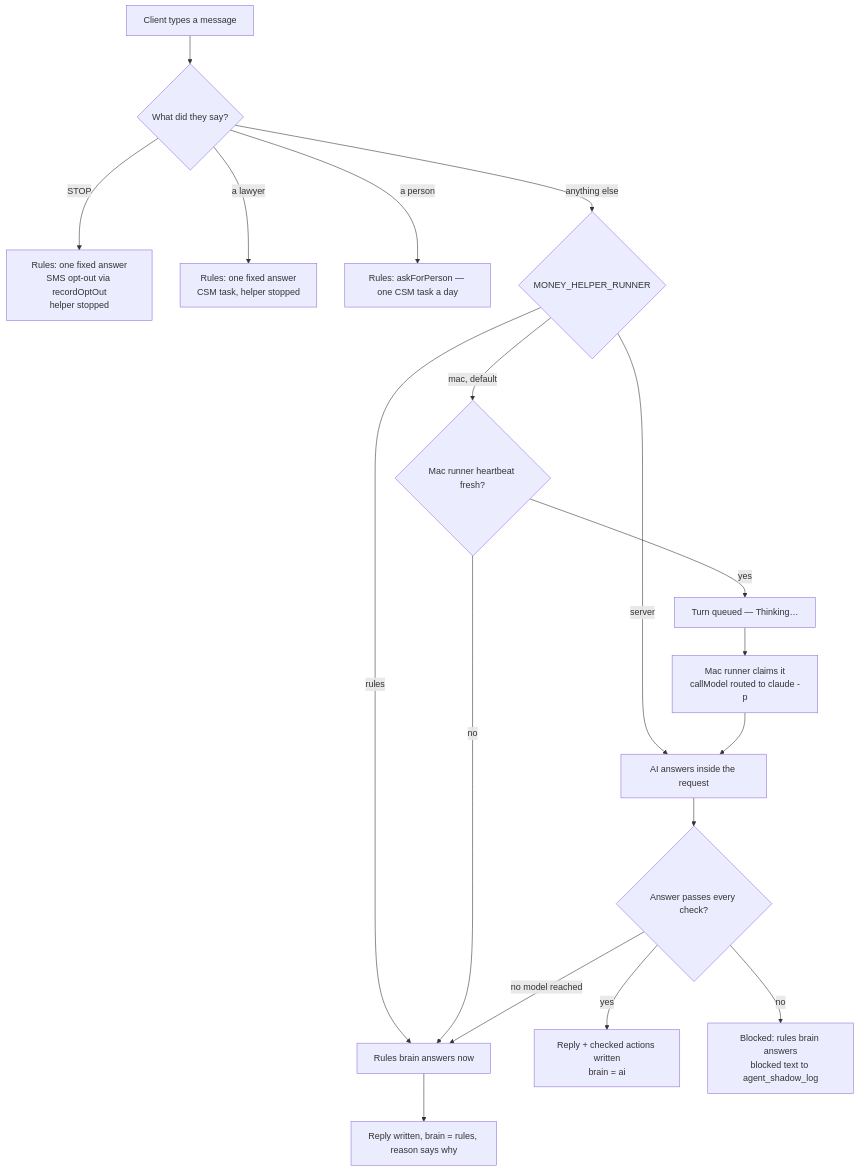
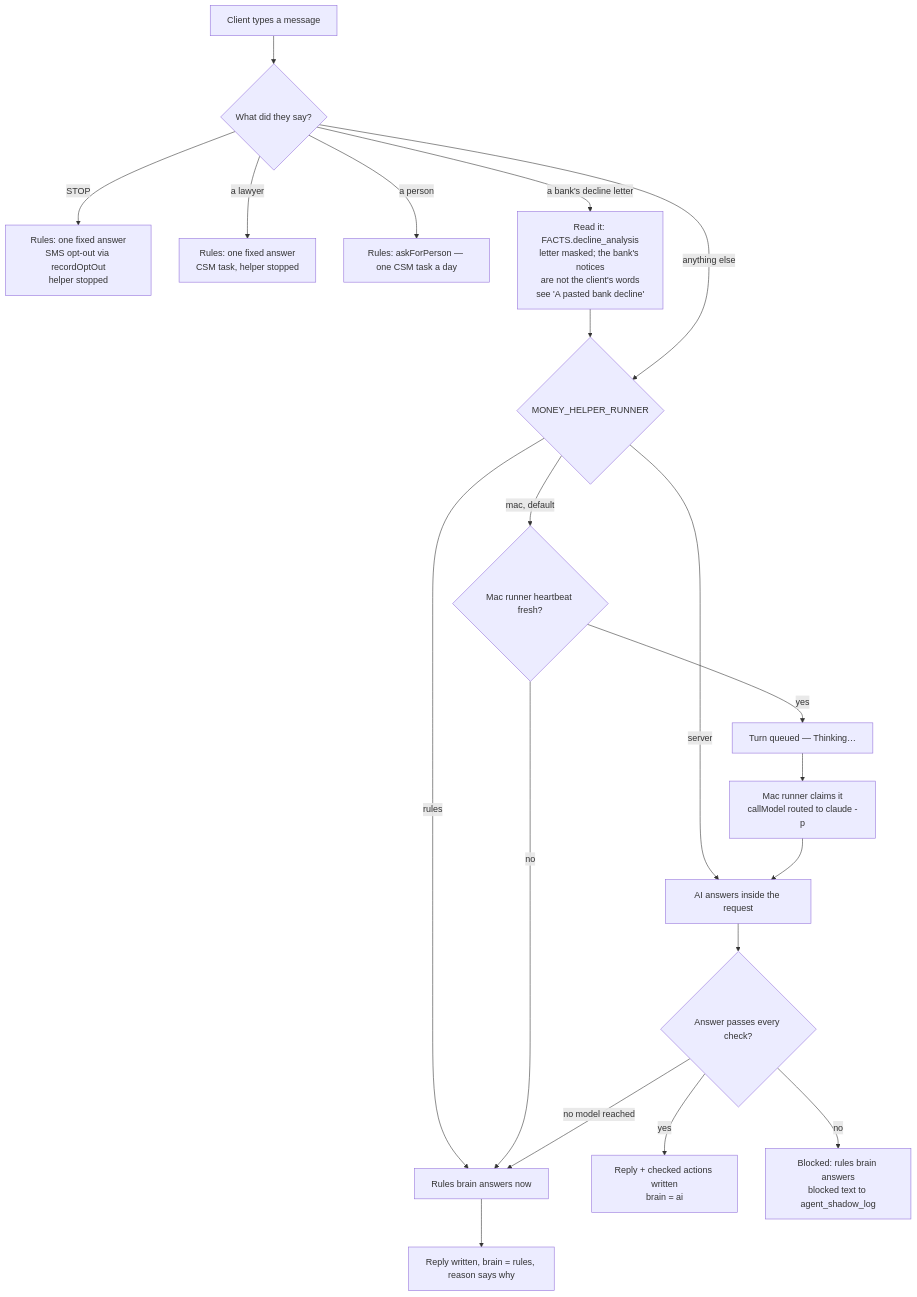
Before and after one commit to ZootimusMaximusSupreme/fundhub-platform: the first of 4 diagrams in docs/journeys/money-helper-flow.md, drawn with Mermaid. The commit also changed other lines of this file and 1 other file, not shown here.

First line of the commit message:
Blueprint B1b: flow doc and board manifest for the decline in the Money Helper chat

````diff
--- a/docs/journeys/money-helper-flow.md
+++ b/docs/journeys/money-helper-flow.md
@@ -19,20 +19,22 @@
 ```mermaid
 flowchart TD
     M[Client types a message] --> C{What did they say?}
     C -->|STOP| S[Rules: one fixed answer<br/>SMS opt-out via recordOptOut<br/>helper stopped]
     C -->|a lawyer| L[Rules: one fixed answer<br/>CSM task, helper stopped]
     C -->|a person| P[Rules: askForPerson — one CSM task a day]
+    C -->|a bank's decline letter| DL[Read it: FACTS.decline_analysis<br/>letter masked; the bank's notices<br/>are not the client's words<br/>see 'A pasted bank decline']
+    DL --> R
     C -->|anything else| R{MONEY_HELPER_RUNNER}
     R -->|rules| RB[Rules brain answers now]
     R -->|server| AI[AI answers inside the request]
     R -->|mac, default| B{Mac runner heartbeat fresh?}
     B -->|no| RB
     B -->|yes| Q[Turn queued — Thinking…]
     Q --> MAC[Mac runner claims it<br/>callModel routed to claude -p]
     MAC --> AI
     AI --> V{Answer passes every check?}
     V -->|yes| DONE[Reply + checked actions written<br/>brain = ai]
     V -->|no| BLOCK[Blocked: rules brain answers<br/>blocked text to agent_shadow_log]
     V -->|no model reached| RB
     RB --> DONER[Reply written, brain = rules, reason says why]
 ```
````
